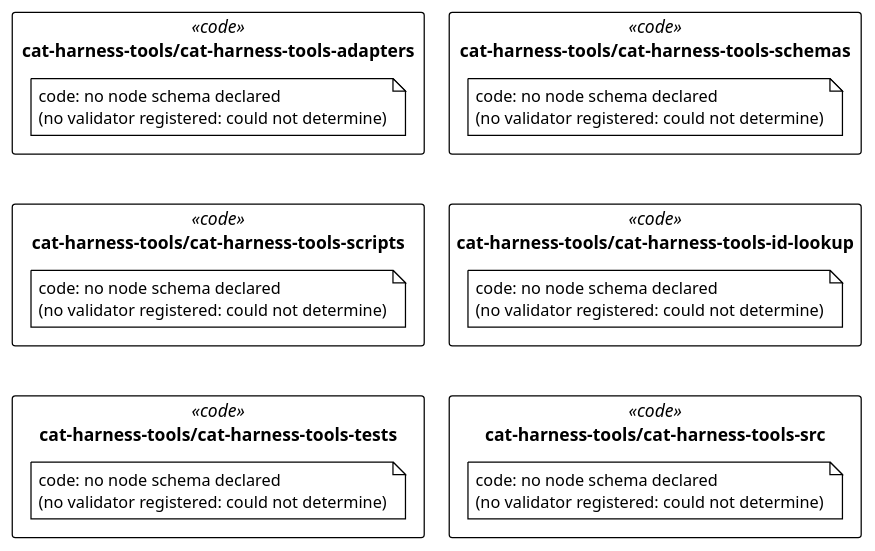
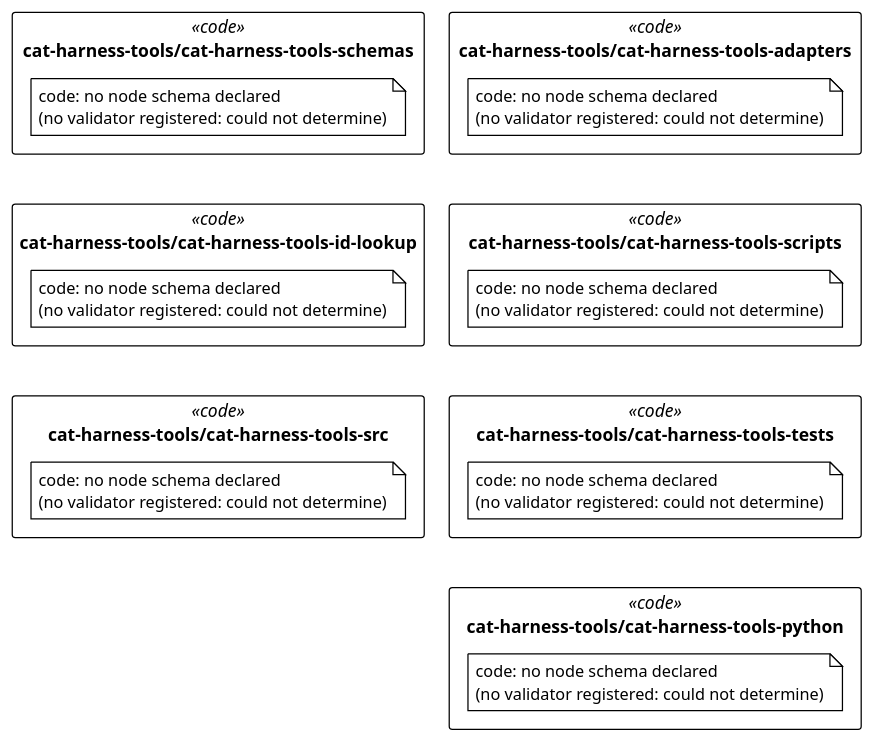
One commit to litlfred/folio-assistant changed the diagram in cat-harness/uml/overview/cat-harness-tools.puml. Above: the diagram before and after it, drawn with PlantUML. The commit also changed 40 other files, not shown here.

First line of the commit message:
regen after root cleanup P3: subgraph READMEs for python/ and upstream/, UML overview, auto-docs

```diff
--- a/cat-harness/uml/overview/cat-harness-tools.puml
+++ b/cat-harness/uml/overview/cat-harness-tools.puml
@@ -3,33 +3,37 @@
 @startuml cat_harness_tools
 !pragma layout elk
 !theme plain
 skinparam classAttributeIconSize 0
 skinparam shadowing false
 skinparam packageStyle rectangle
 hide empty methods
 
 package "cat-harness-tools/cat-harness-tools-adapters" as pkg_cat_harness_tools_cat_harness_tools_adapters <<code>> {
   note "code: no node schema declared\n(no validator registered: could not determine)" as n_cat_harness_tools_cat_harness_tools_adapters_code
 }
 package "cat-harness-tools/cat-harness-tools-schemas" as pkg_cat_harness_tools_cat_harness_tools_schemas <<code>> {
   note "code: no node schema declared\n(no validator registered: could not determine)" as n_cat_harness_tools_cat_harness_tools_schemas_code
 }
 package "cat-harness-tools/cat-harness-tools-scripts" as pkg_cat_harness_tools_cat_harness_tools_scripts <<code>> {
   note "code: no node schema declared\n(no validator registered: could not determine)" as n_cat_harness_tools_cat_harness_tools_scripts_code
 }
 package "cat-harness-tools/cat-harness-tools-id-lookup" as pkg_cat_harness_tools_cat_harness_tools_id_lookup <<code>> {
   note "code: no node schema declared\n(no validator registered: could not determine)" as n_cat_harness_tools_cat_harness_tools_id_lookup_code
 }
 package "cat-harness-tools/cat-harness-tools-tests" as pkg_cat_harness_tools_cat_harness_tools_tests <<code>> {
   note "code: no node schema declared\n(no validator registered: could not determine)" as n_cat_harness_tools_cat_harness_tools_tests_code
 }
 package "cat-harness-tools/cat-harness-tools-src" as pkg_cat_harness_tools_cat_harness_tools_src <<code>> {
   note "code: no node schema declared\n(no validator registered: could not determine)" as n_cat_harness_tools_cat_harness_tools_src_code
 }
+package "cat-harness-tools/cat-harness-tools-python" as pkg_cat_harness_tools_cat_harness_tools_python <<code>> {
+  note "code: no node schema declared\n(no validator registered: could not determine)" as n_cat_harness_tools_cat_harness_tools_python_code
+}
 
-' grid: portrait, 2 column(s) — pkg_cat_harness_tools_cat_harness_tools_adapters pkg_cat_harness_tools_cat_harness_tools_schemas pkg_cat_harness_tools_cat_harness_tools_scripts pkg_cat_harness_tools_cat_harness_tools_id_lookup pkg_cat_harness_tools_cat_harness_tools_tests pkg_cat_harness_tools_cat_harness_tools_src
+' grid: portrait, 2 column(s) — pkg_cat_harness_tools_cat_harness_tools_adapters pkg_cat_harness_tools_cat_harness_tools_schemas pkg_cat_harness_tools_cat_harness_tools_scripts pkg_cat_harness_tools_cat_harness_tools_id_lookup pkg_cat_harness_tools_cat_harness_tools_tests pkg_cat_harness_tools_cat_harness_tools_src pkg_cat_harness_tools_cat_harness_tools_python
 pkg_cat_harness_tools_cat_harness_tools_adapters -[hidden]down- pkg_cat_harness_tools_cat_harness_tools_scripts
 pkg_cat_harness_tools_cat_harness_tools_schemas -[hidden]down- pkg_cat_harness_tools_cat_harness_tools_id_lookup
 pkg_cat_harness_tools_cat_harness_tools_scripts -[hidden]down- pkg_cat_harness_tools_cat_harness_tools_tests
 pkg_cat_harness_tools_cat_harness_tools_id_lookup -[hidden]down- pkg_cat_harness_tools_cat_harness_tools_src
+pkg_cat_harness_tools_cat_harness_tools_tests -[hidden]down- pkg_cat_harness_tools_cat_harness_tools_python
 @enduml
```
